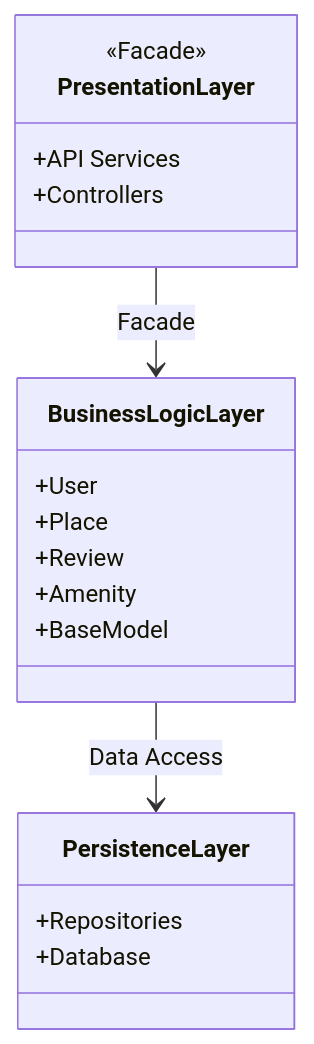
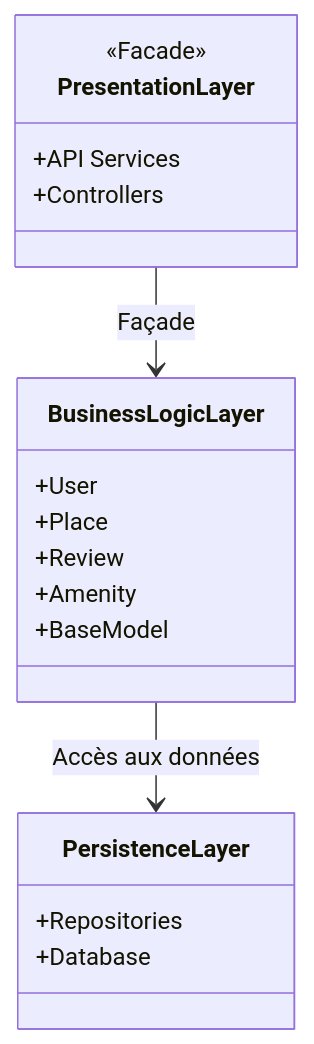
One commit to Yugz29/holbertonschool-hbnb changed the first of 6 diagrams in part1/documentation_fr.md. Above: the diagram before and after it, drawn with Mermaid. The commit also changed other lines of this file and 1 other file, not shown here.

````diff
--- a/part1/documentation_fr.md
+++ b/part1/documentation_fr.md
@@ -24,22 +27,22 @@
 ```mermaid
 classDiagram
 class PresentationLayer {
     <<Facade>>
     +API Services
     +Controllers
 }
 class BusinessLogicLayer {
     +User
     +Place
     +Review
     +Amenity
     +BaseModel
 }
 class PersistenceLayer {
     +Repositories
     +Database
 }
 
-PresentationLayer --> BusinessLogicLayer : Facade
-BusinessLogicLayer --> PersistenceLayer : Data Access
+PresentationLayer --> BusinessLogicLayer : Façade
+BusinessLogicLayer --> PersistenceLayer : Accès aux données
 ```
````
